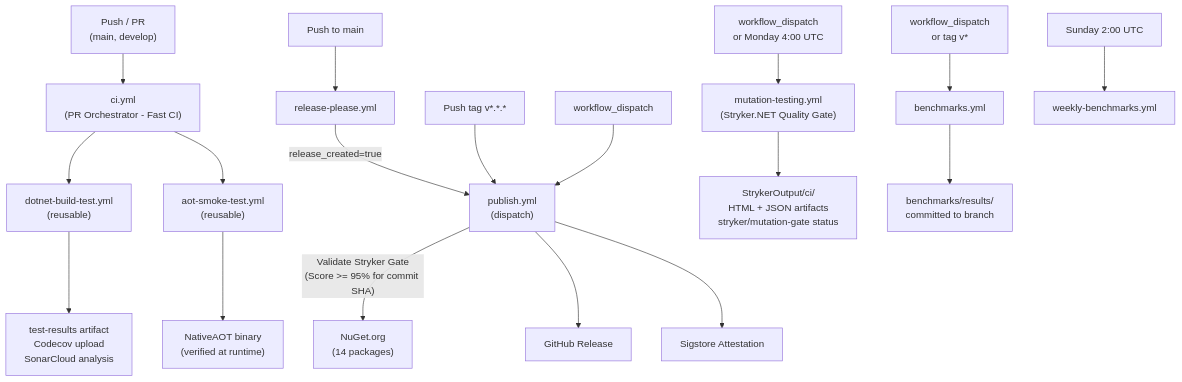
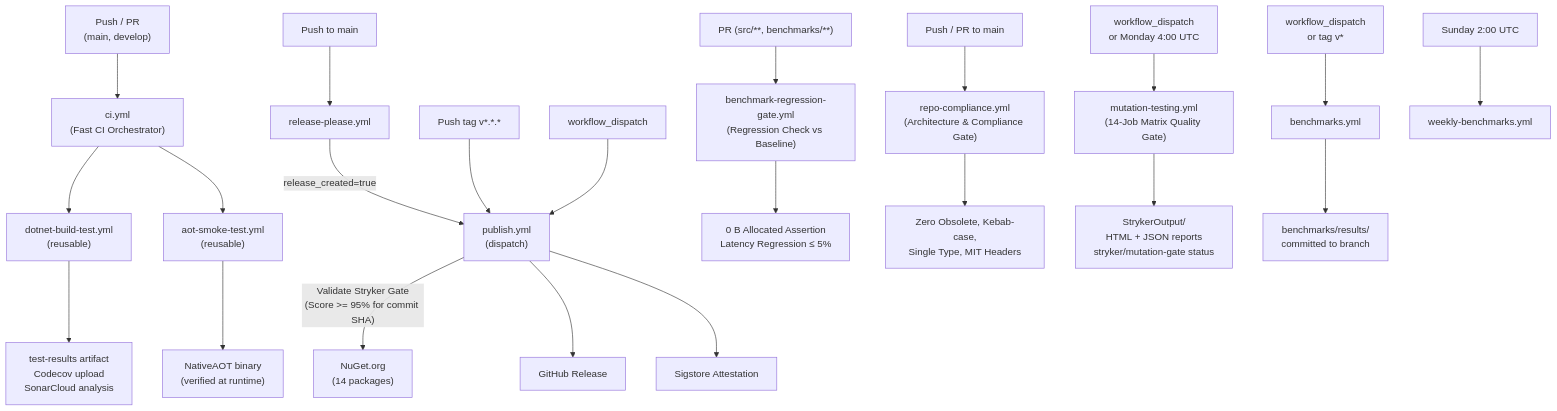
The diagram in docs/ci-cd-pipelines.md (ericksonlopezf/dotnet-domain-primitives), drawn with Mermaid before and after one commit. The commit also changed other lines of this file and 445 other files, not shown here.

````diff
--- a/docs/ci-cd-pipelines.md
+++ b/docs/ci-cd-pipelines.md
@@ -11,24 +11,29 @@
 ```mermaid
 flowchart TD
-    PR["Push / PR\n(main, develop)"] --> CI["ci.yml\n(PR Orchestrator - Fast CI)"]
+    PR["Push / PR\n(main, develop)"] --> CI["ci.yml\n(Fast CI Orchestrator)"]
+    PR_BENCH["PR (src/**, benchmarks/**)"] --> BGATE["benchmark-regression-gate.yml\n(Regression Check vs Baseline)"]
+    PUSH_MAIN["Push / PR to main"] --> COMPLIANCE["repo-compliance.yml\n(Architecture & Compliance Gate)"]
+
     CI --> BT["dotnet-build-test.yml\n(reusable)"]
     CI --> AOT["aot-smoke-test.yml\n(reusable)"]
 
     MAIN["Push to main"] --> RP["release-please.yml"]
     RP -->|"release_created=true"| PUB["publish.yml\n(dispatch)"]
 
     TAG["Push tag v*.*.*"] --> PUB
 
     DISPATCH_PUB["workflow_dispatch"] --> PUB
-    DISPATCH_MUT["workflow_dispatch\nor Monday 4:00 UTC"] --> MUT["mutation-testing.yml\n(Stryker.NET Quality Gate)"]
+    DISPATCH_MUT["workflow_dispatch\nor Monday 4:00 UTC"] --> MUT["mutation-testing.yml\n(14-Job Matrix Quality Gate)"]
     DISPATCH_BENCH["workflow_dispatch\nor tag v*"] --> BENCH["benchmarks.yml"]
     CRON_WEEK["Sunday 2:00 UTC"] --> WBENCH["weekly-benchmarks.yml"]
 
     BT --> Results["test-results artifact\nCodecov upload\nSonarCloud analysis"]
     AOT --> AOTResult["NativeAOT binary\n(verified at runtime)"]
-    MUT --> MutReport["StrykerOutput/ci/\nHTML + JSON artifacts\nstryker/mutation-gate status"]
+    BGATE --> BGATEResult["0 B Allocated Assertion\nLatency Regression &le; 5%"]
+    COMPLIANCE --> COMPLIANCEResult["Zero Obsolete, Kebab-case,\nSingle Type, MIT Headers"]
+    MUT --> MutReport["StrykerOutput/\nHTML + JSON reports\nstryker/mutation-gate status"]
     PUB -->|"Validate Stryker Gate\n(Score >= 95% for commit SHA)"| NuGet["NuGet.org\n(14 packages)"]
     PUB --> GHRelease["GitHub Release"]
     PUB --> Attest["Sigstore Attestation"]
     BENCH --> BenchResults["benchmarks/results/\ncommitted to branch"]
 ```
````
